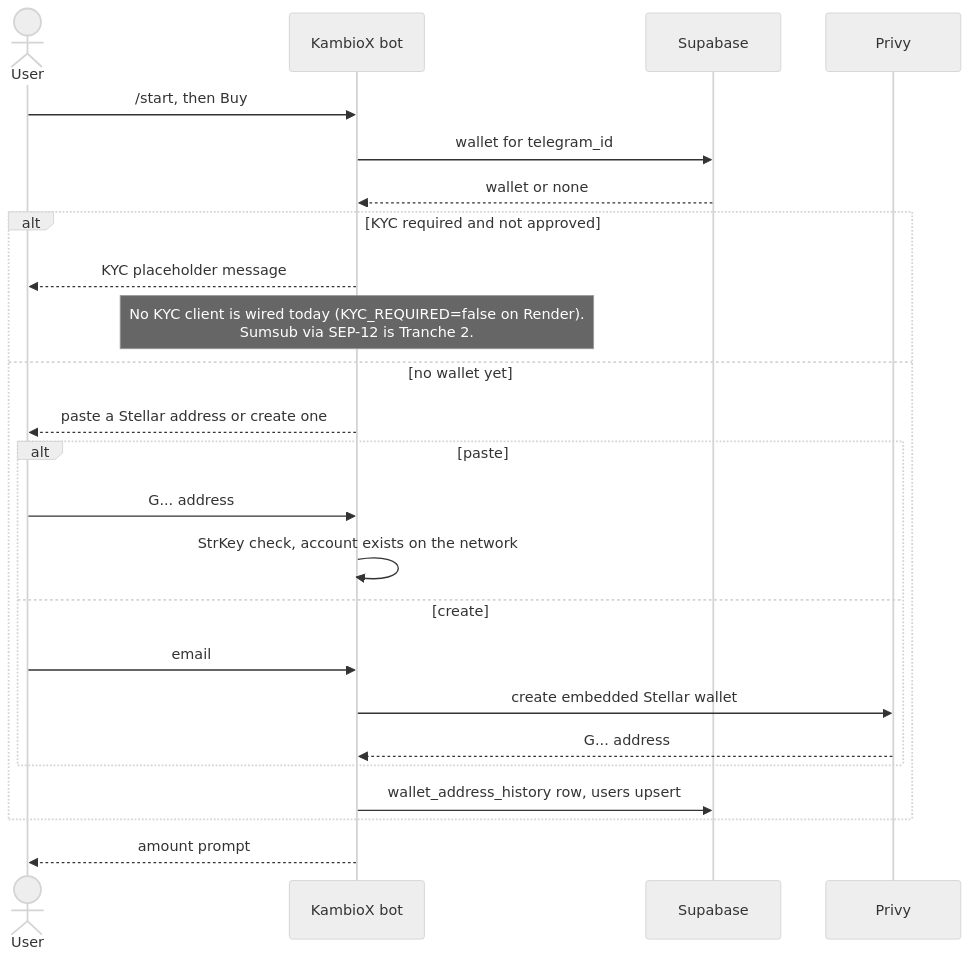
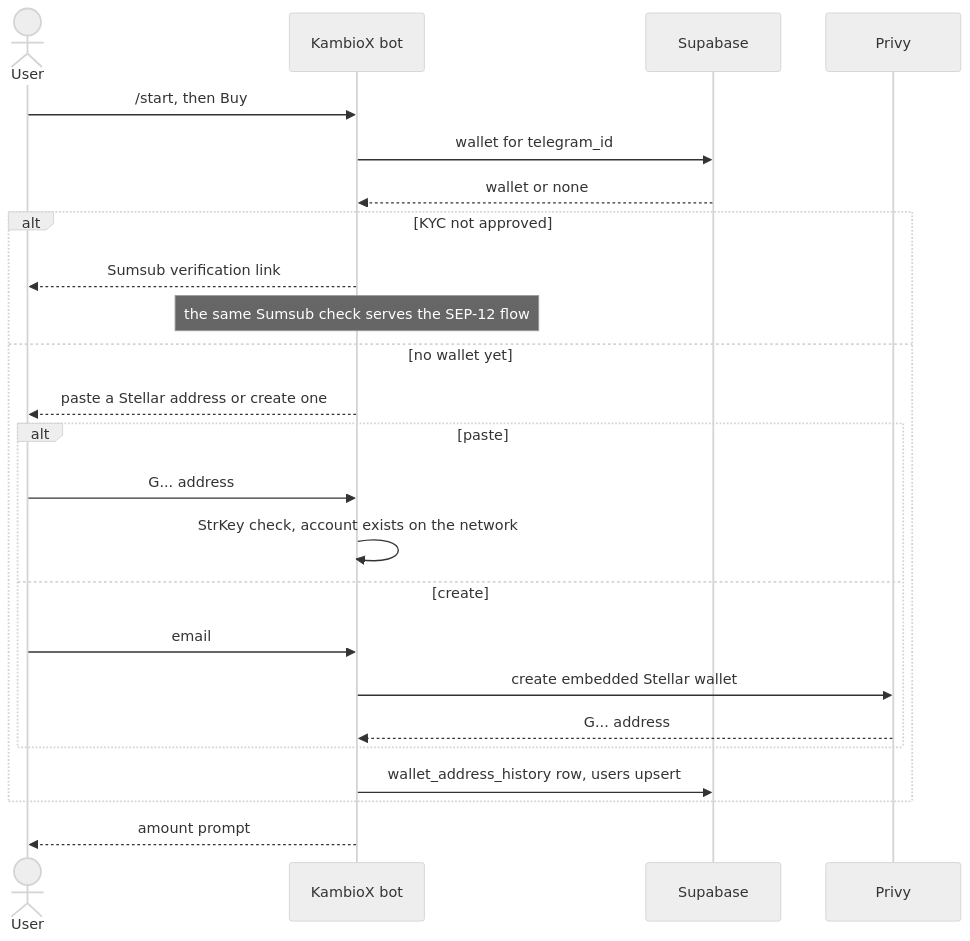
Before and after one commit to BreadchainCoop/curacao-crypto-onramp-bot: the third of 8 diagrams in contracts/stellar/ARCHITECTURE.md, drawn with Mermaid (neutral theme). The commit also changed other lines of this file, not shown here.

````diff
--- a/contracts/stellar/ARCHITECTURE.md
+++ b/contracts/stellar/ARCHITECTURE.md
@@ -68,27 +61,27 @@
 ```mermaid
 sequenceDiagram
   actor U as User
   participant B as KambioX bot
   participant DB as Supabase
   participant P as Privy
 
   U->>B: /start, then Buy
   B->>DB: wallet for telegram_id
   DB-->>B: wallet or none
-  alt KYC required and not approved
-    B-->>U: KYC placeholder message
-    Note over B: No KYC client is wired today (KYC_REQUIRED=false on Render).<br/>Sumsub via SEP-12 is Tranche 2.
+  alt KYC not approved
+    B-->>U: Sumsub verification link
+    Note over B: the same Sumsub check serves the SEP-12 flow
   else no wallet yet
     B-->>U: paste a Stellar address or create one
     alt paste
       U->>B: G... address
       B->>B: StrKey check, account exists on the network
     else create
       U->>B: email
       B->>P: create embedded Stellar wallet
       P-->>B: G... address
     end
     B->>DB: wallet_address_history row, users upsert
   end
   B-->>U: amount prompt
 ```
````
